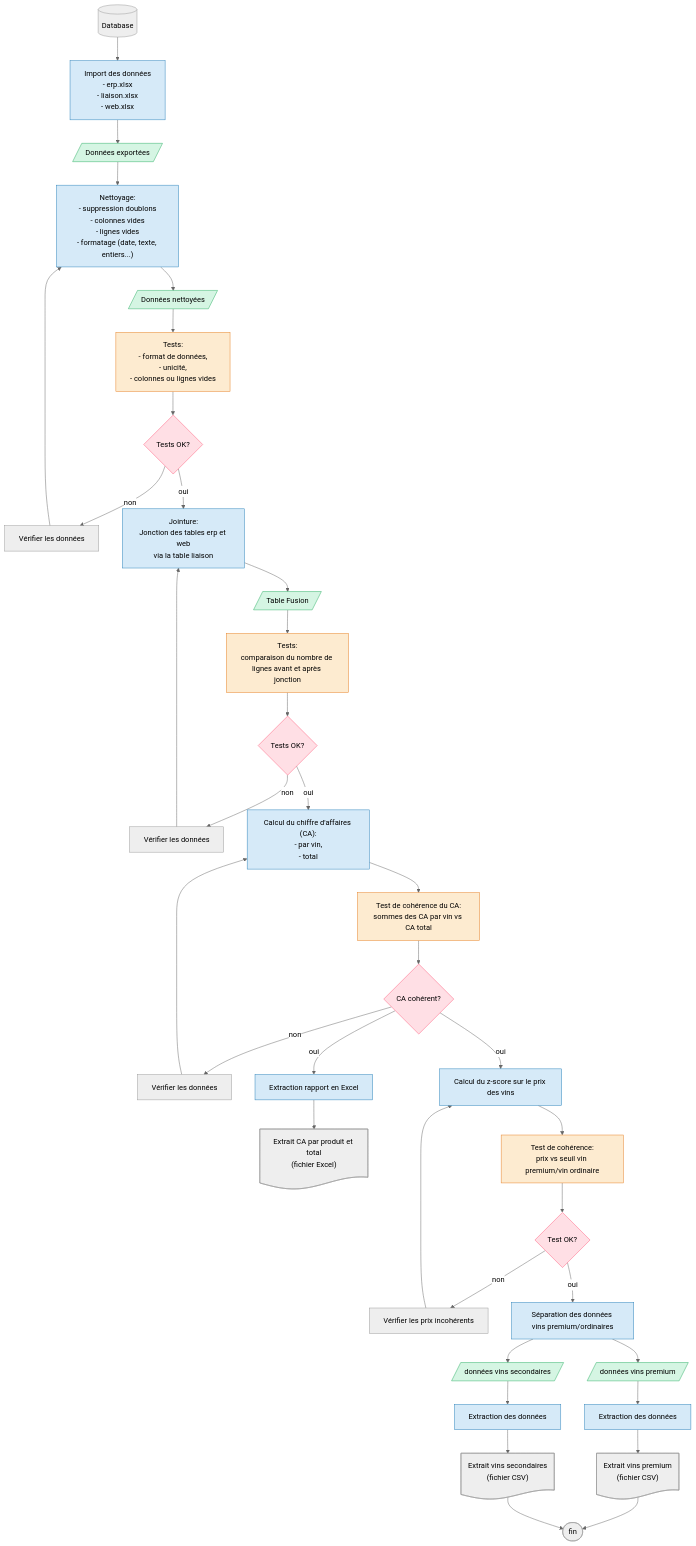
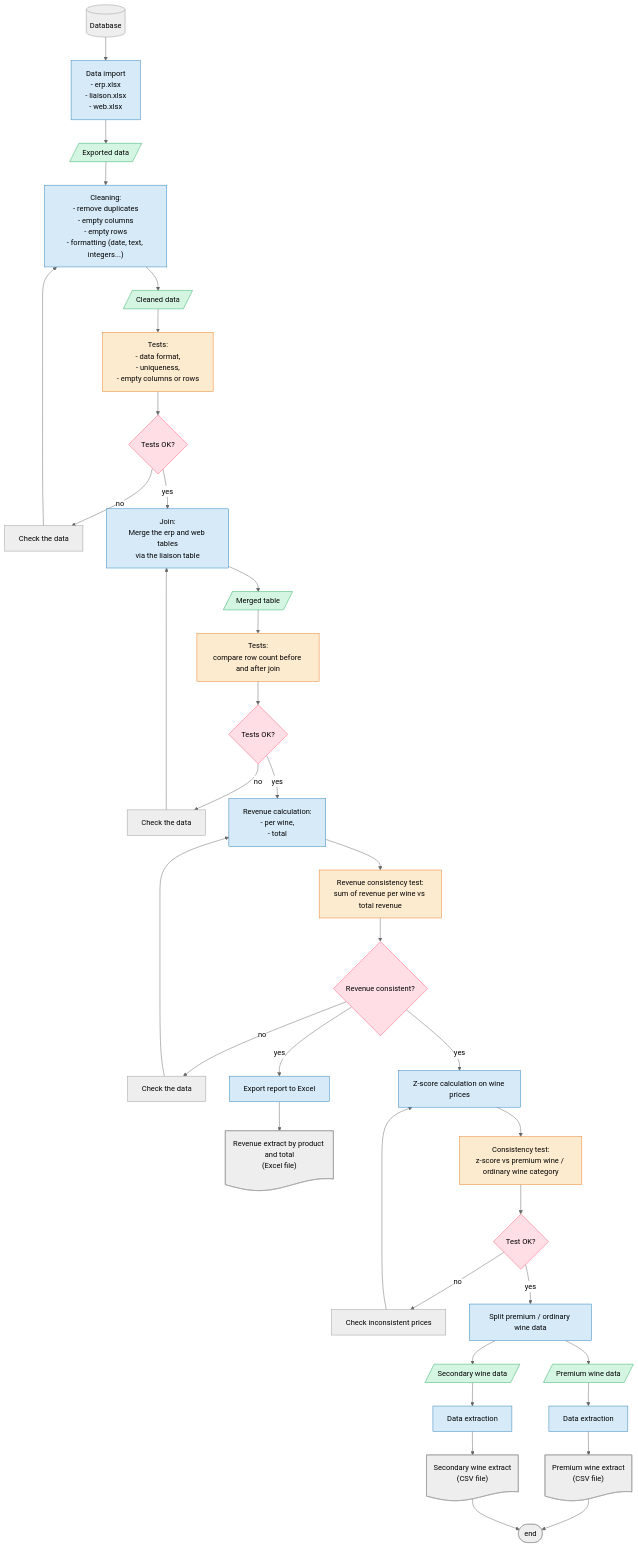
One commit to Sebules/Project_10_OpenClassrooms_Data_Engineer changed the second of 2 diagrams in README.md. Above: the diagram before and after it, drawn with Mermaid (neutral theme). The commit also changed other lines of this file, not shown here.

Commit message:
version du 08/10/2026

```diff
--- a/README.md
+++ b/README.md
@@ -226,36 +232,36 @@
 
 flowchart TD;
   DT[("Database")]
-  e1["Import des données<br/>- erp.xlsx<br/>- liaison.xlsx<br/>- web.xlsx"]
-  d1@{ shape: lean-r, label: "Données exportées" }
-  A["Nettoyage:<br/>- suppression doublons<br/>- colonnes vides<br/>- lignes vides<br/>- formatage (date, texte, entiers...)"]
-  d2@{ shape: lean-r, label: "Données nettoyées" }
-  T1["Tests:<br/>- format de données,<br/>- unicité,<br/>- colonnes ou lignes vides"]
+  e1["Data import<br/>- erp.xlsx<br/>- liaison.xlsx<br/>- web.xlsx"]
+  d1@{ shape: lean-r, label: "Exported data" }
+  A["Cleaning:<br/>- remove duplicates<br/>- empty columns<br/>- empty rows<br/>- formatting (date, text, integers...)"]
+  d2@{ shape: lean-r, label: "Cleaned data" }
+  T1["Tests:<br/>- data format,<br/>- uniqueness,<br/>- empty columns or rows"]
   c1{"Tests OK?"}
-  V1["Vérifier les données"]
-  B["Jointure:<br/>Jonction des tables erp et web<br/>via la table liaison"]
-  d3@{ shape: lean-r, label: "Table Fusion" }
-  T2["Tests:<br/>comparaison du nombre de lignes avant et après jonction"]
+  V1["Check the data"]
+  B["Join:<br/>Merge the erp and web tables<br/>via the liaison table"]
+  d3@{ shape: lean-r, label: "Merged table" }
+  T2["Tests:<br/>compare row count before and after join"]
   c2{"Tests OK?"}
-  V2["Vérifier les données"]
-  C["Calcul du chiffre d'affaires (CA):<br/>- par vin,<br/>- total"]
-  T3["Test de cohérence du CA:<br/>sommes des CA par vin vs CA total"]
-  c3{"CA cohérent?"}
-  V3["Vérifier les données"]
-  D["Calcul du z-score sur le prix des vins"]
-  E["Extraction rapport en Excel"]
-  s1@{shape: doc, label: "Extrait CA par produit et total<br/>(fichier Excel)"}
-  T4["Test de cohérence:<br/>prix vs seuil vin premium/vin ordinaire"]
+  V2["Check the data"]
+  C["Revenue calculation:<br/>- per wine,<br/>- total"]
+  T3["Revenue consistency test:<br/>sum of revenue per wine vs total revenue"]
+  c3{"Revenue consistent?"}
+  V3["Check the data"]
+  D["Z-score calculation on wine prices"]
+  E["Export report to Excel"]
+  s1@{shape: doc, label: "Revenue extract by product and total<br/>(Excel file)"}
+  T4["Consistency test:<br/>z-score vs premium wine / ordinary wine category"]
   c4{"Test OK?"}
-  V4["Vérifier les prix incohérents"]
-  F["Séparation des données vins premium/ordinaires"]
-  G-1["Extraction des données"]
-  G-2["Extraction des données"]
-  d4@{ shape: lean-r, label: "données vins premium" }
-  d5@{ shape: lean-r, label: "données vins secondaires" }
-  s2@{shape: doc, label: "Extrait vins premium<br/>(fichier CSV)"}
-  s3@{shape: doc, label: "Extrait vins secondaires<br/>(fichier CSV)"}
-  fin@{shape: terminal, label: "fin"}
+  V4["Check inconsistent prices"]
+  F["Split premium / ordinary wine data"]
+  G-1["Data extraction"]
+  G-2["Data extraction"]
+  d4@{ shape: lean-r, label: "Premium wine data" }
+  d5@{ shape: lean-r, label: "Secondary wine data" }
+  s2@{shape: doc, label: "Premium wine extract<br/>(CSV file)"}
+  s3@{shape: doc, label: "Secondary wine extract<br/>(CSV file)"}
+  fin@{shape: terminal, label: "end"}
 
   DT-->e1;
   e1-->d1;
@@ -263,26 +269,26 @@
   A-->d2;
   d2-->T1;
   T1-->c1;
-  c1-->|"non"|V1;
-  c1-->|"oui"| B;  
+  c1-->|"no"|V1;
+  c1-->|"yes"| B;  
   V1-->A;  
   B-->d3;
   d3-->T2;
   T2-->c2;
-  c2-->|"non"| V2;
-  c2-->|"oui"| C;
+  c2-->|"no"| V2;
+  c2-->|"yes"| C;
   V2-->B;
   C-->T3;
   T3-->c3;
-  c3-->|"non"| V3;
-  c3-->|"oui"| D;
-  c3--"oui"--> E;
+  c3-->|"no"| V3;
+  c3-->|"yes"| D;
+  c3--"yes"--> E;
   V3-->C;
   E-->s1;
   D-->T4;
   T4-->c4;
-  c4-->|"non"| V4;
-  c4-->|"oui"| F;
+  c4-->|"no"| V4;
+  c4-->|"yes"| F;
   V4-->D;
   F-->d4;
   F-->d5;
```
